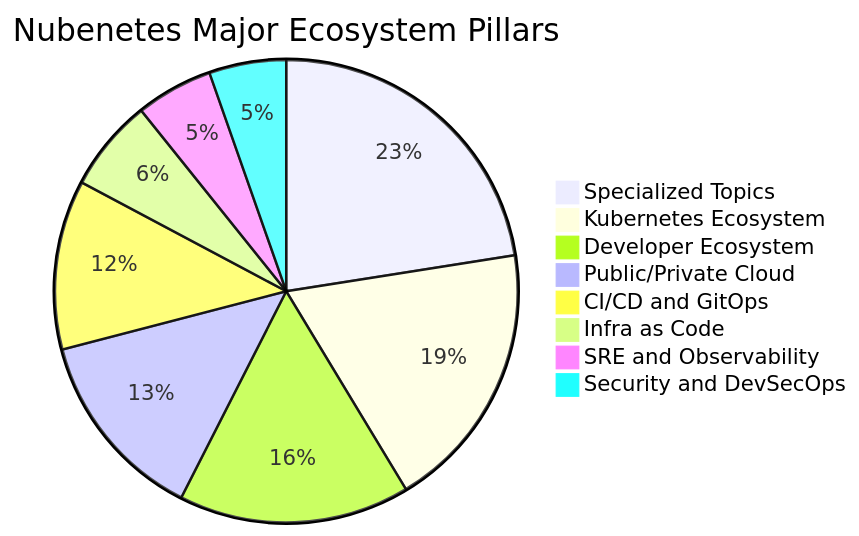
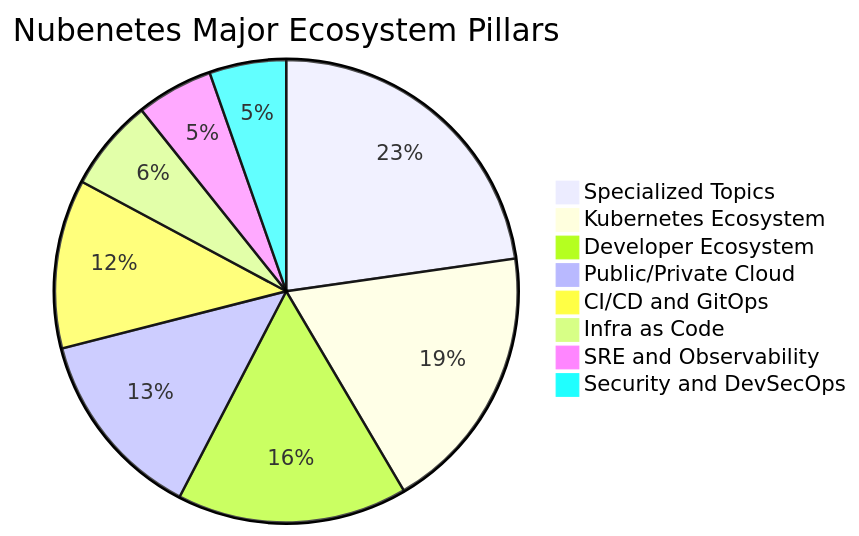
Before and after one commit to sec-js/awesome-kubernetes: the second of 10 diagrams in README.md, drawn with Mermaid. The commit also changed other lines of this file, not shown here.

````diff
--- a/README.md
+++ b/README.md
@@ -220,11 +220,11 @@
 ```mermaid
 pie title Nubenetes Major Ecosystem Pillars
-    "Specialized Topics" : 4184
+    "Specialized Topics" : 4239
     "Kubernetes Ecosystem" : 3500
     "Developer Ecosystem" : 3000
     "Public/Private Cloud" : 2500
     "CI/CD and GitOps" : 2200
     "Infra as Code" : 1200
     "SRE and Observability" : 1000
     "Security and DevSecOps" : 1000
 ```
````
